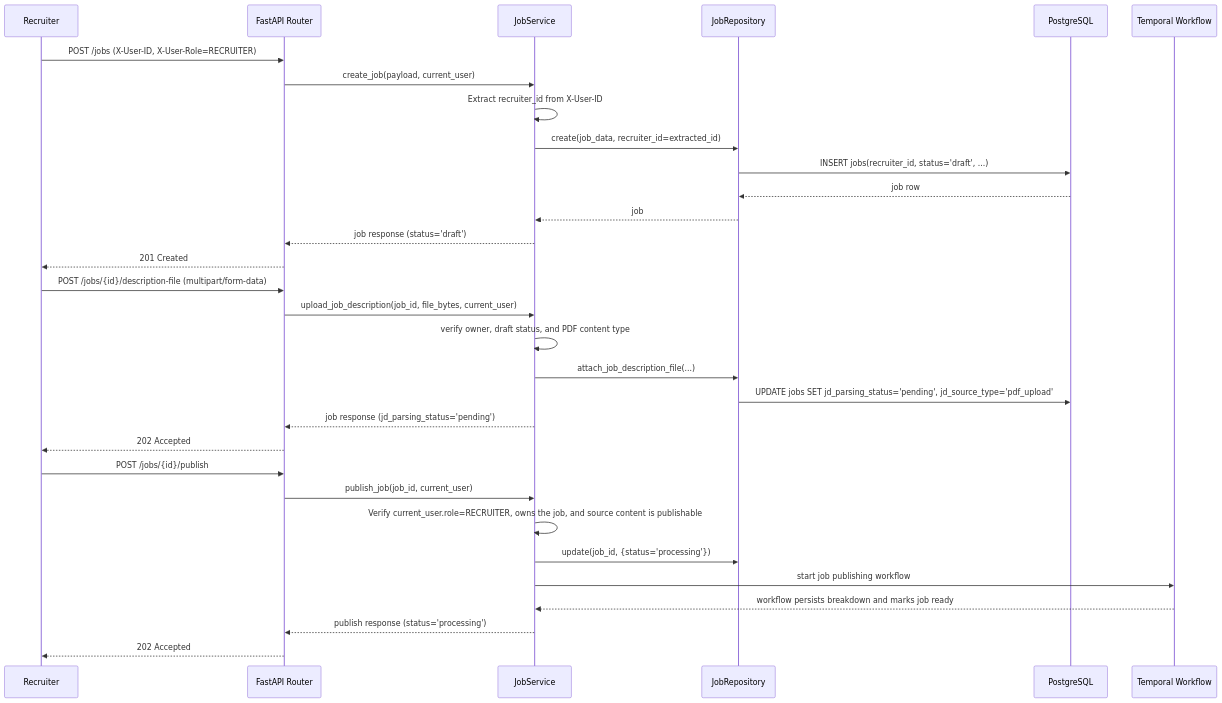
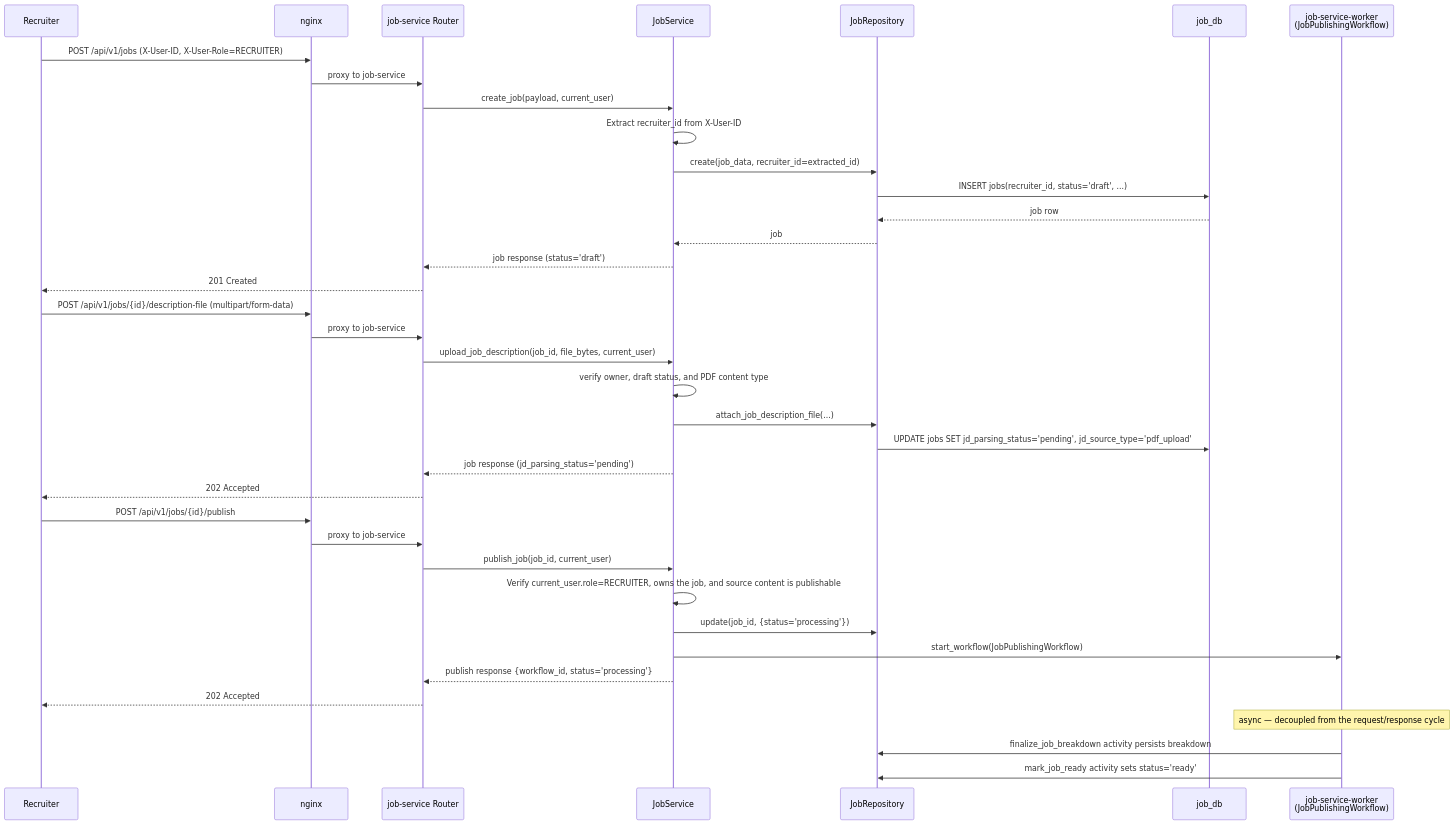
The third of 7 diagrams in docs/ARCHITECTURE.md (afnan-emumba/smart-hire), drawn with Mermaid before and after one commit. The commit also changed other lines of this file and 75 other files, not shown here.

First line of the commit message:
feat: enhance API routing and health checks in nginx configuration

````diff
--- a/docs/ARCHITECTURE.md
+++ b/docs/ARCHITECTURE.md
@@ -144,36 +150,43 @@
 ```mermaid
 sequenceDiagram
     participant Recruiter
-    participant API as FastAPI Router
+    participant Gateway as nginx
+    participant API as job-service Router
     participant Service as JobService
     participant Repo as JobRepository
-    participant DB as PostgreSQL
-    participant Temporal as Temporal Workflow
+    participant DB as job_db
+    participant Worker as job-service-worker<br/>(JobPublishingWorkflow)
 
-    Recruiter->>API: POST /jobs (X-User-ID, X-User-Role=RECRUITER)
+    Recruiter->>Gateway: POST /api/v1/jobs (X-User-ID, X-User-Role=RECRUITER)
+    Gateway->>API: proxy to job-service
     API->>Service: create_job(payload, current_user)
     Service->>Service: Extract recruiter_id from X-User-ID
     Service->>Repo: create(job_data, recruiter_id=extracted_id)
     Repo->>DB: INSERT jobs(recruiter_id, status='draft', ...)
     DB-->>Repo: job row
     Repo-->>Service: job
     Service-->>API: job response (status='draft')
     API-->>Recruiter: 201 Created
 
-    Recruiter->>API: POST /jobs/{id}/description-file (multipart/form-data)
+    Recruiter->>Gateway: POST /api/v1/jobs/{id}/description-file (multipart/form-data)
+    Gateway->>API: proxy to job-service
     API->>Service: upload_job_description(job_id, file_bytes, current_user)
     Service->>Service: verify owner, draft status, and PDF content type
     Service->>Repo: attach_job_description_file(...)
     Repo->>DB: UPDATE jobs SET jd_parsing_status='pending', jd_source_type='pdf_upload'
     Service-->>API: job response (jd_parsing_status='pending')
     API-->>Recruiter: 202 Accepted
 
-    Recruiter->>API: POST /jobs/{id}/publish
+    Recruiter->>Gateway: POST /api/v1/jobs/{id}/publish
+    Gateway->>API: proxy to job-service
     API->>Service: publish_job(job_id, current_user)
     Service->>Service: Verify current_user.role=RECRUITER, owns the job, and source content is publishable
     Service->>Repo: update(job_id, {status='processing'})
-    Service->>Temporal: start job publishing workflow
-    Temporal-->>Service: workflow persists breakdown and marks job ready
-    Service-->>API: publish response (status='processing')
+    Service->>Worker: start_workflow(JobPublishingWorkflow)
+    Service-->>API: publish response {workflow_id, status='processing'}
     API-->>Recruiter: 202 Accepted
+
+    Note over Worker: async — decoupled from the request/response cycle
+    Worker->>Repo: finalize_job_breakdown activity persists breakdown
+    Worker->>Repo: mark_job_ready activity sets status='ready'
 ```
````
